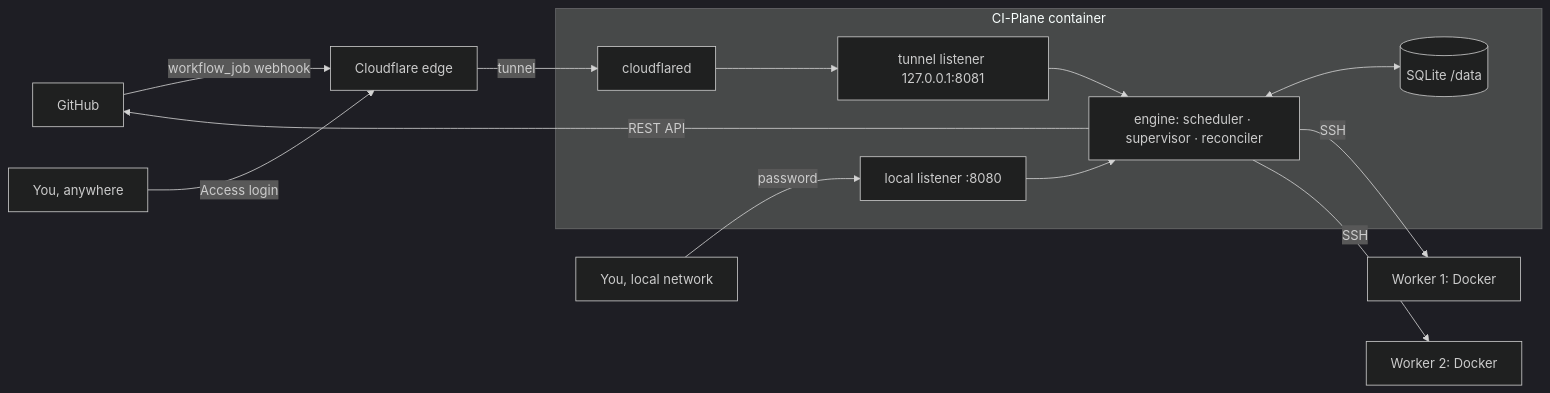
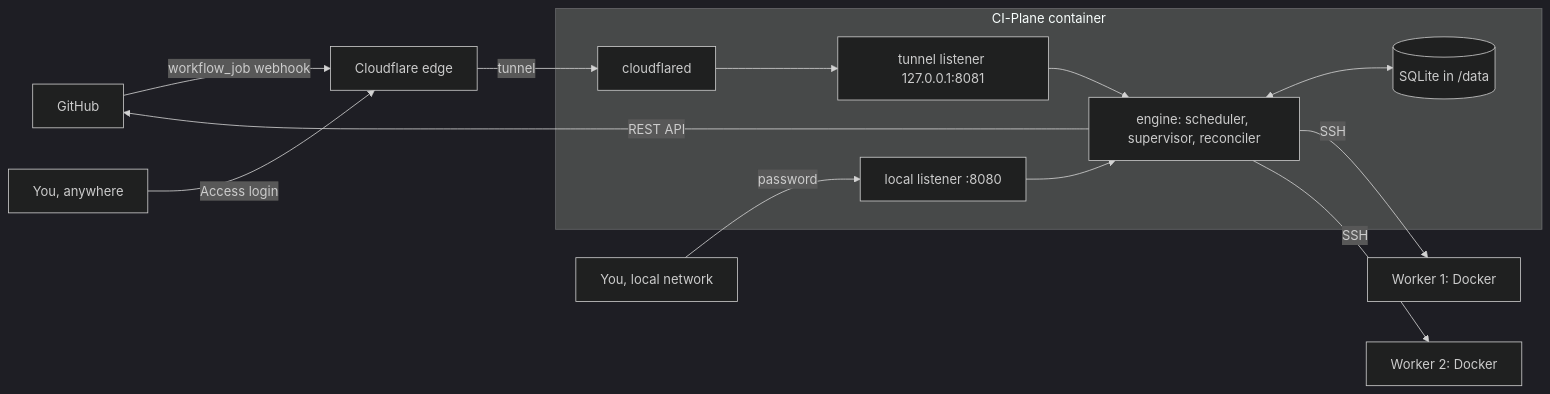
Before and after one commit to saschazesiger/CI-Plane: the first of 2 diagrams in docs/how-it-works.md, drawn with Mermaid (dark theme). The commit also changed other lines of this file and 34 other files, not shown here.

````diff
--- a/docs/how-it-works.md
+++ b/docs/how-it-works.md
@@ -6,19 +8,19 @@
 ```mermaid
 flowchart LR
   GH[GitHub] -- "workflow_job webhook" --> CF[Cloudflare edge]
   U[You, anywhere] -- "Access login" --> CF
   CF -- tunnel --> CD
   L[You, local network] -- "password" --> UI
 
   subgraph M["CI-Plane container"]
     CD[cloudflared] --> TL["tunnel listener 127.0.0.1:8081"]
     UI["local listener :8080"]
     TL --> CORE
     UI --> CORE
-    CORE["engine: scheduler · supervisor · reconciler"] <--> DB[(SQLite /data)]
+    CORE["engine: scheduler, supervisor, reconciler"] <--> DB[("SQLite in /data")]
   end
 
   CORE -- "REST API" --> GH
   CORE -- SSH --> W1["Worker 1: Docker"]
   CORE -- SSH --> W2["Worker 2: Docker"]
 ```
````
